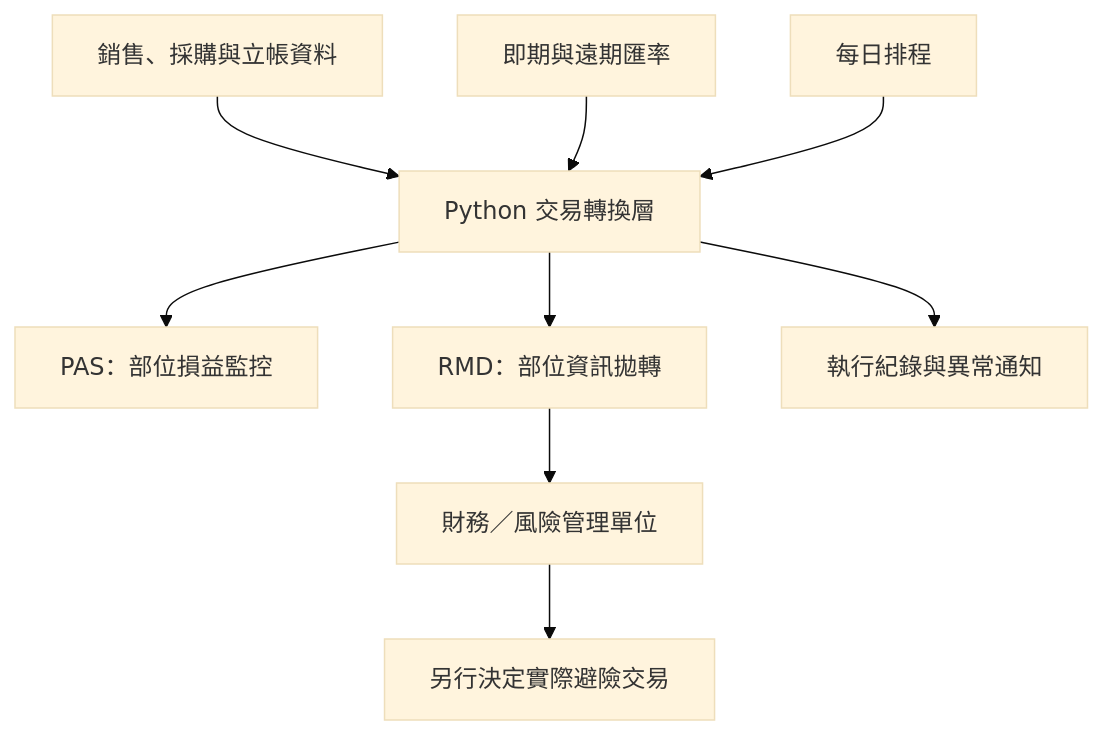
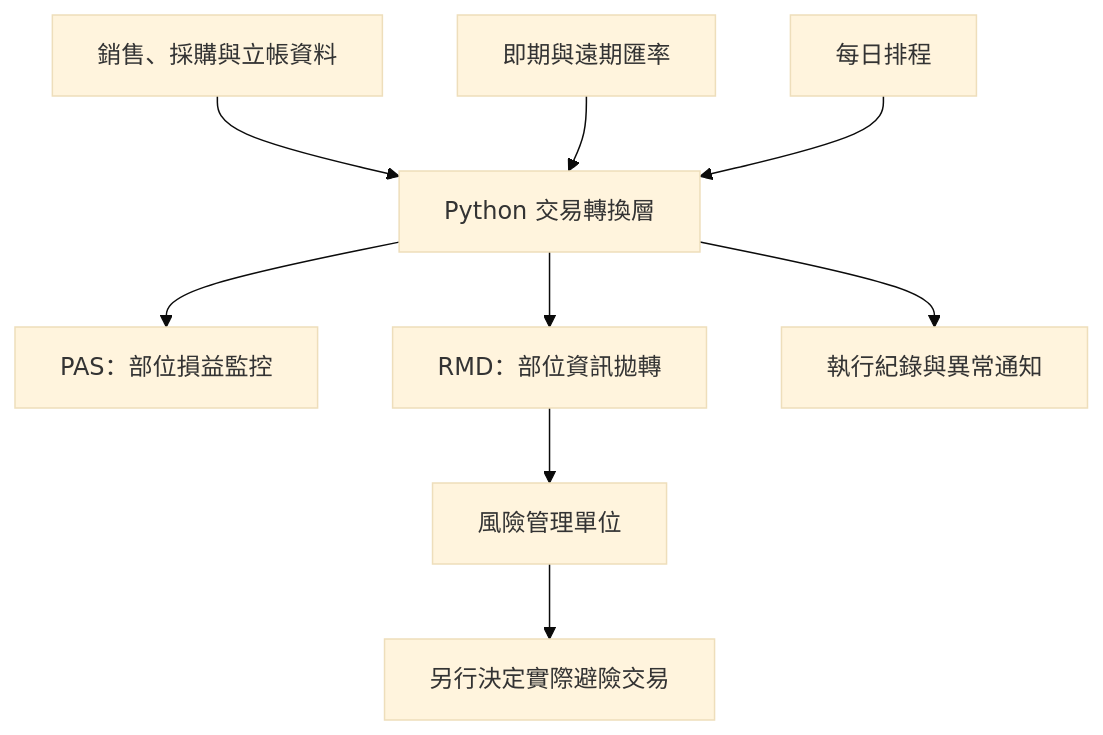
The diagram in README_ZH-TW.md (ChienChienChien/FX_Hedging_Automation), drawn with Mermaid (base theme) before and after one commit. The commit also changed other lines of this file, not shown here.

````diff
--- a/README_ZH-TW.md
+++ b/README_ZH-TW.md
@@ -50,13 +50,13 @@
 ```mermaid
 flowchart TB
     A["銷售、採購與立帳資料"] --> D["Python 交易轉換層"]
     B["即期與遠期匯率"] --> D
     C["每日排程"] --> D
 
     D --> E["PAS：部位損益監控"]
     D --> F["RMD：部位資訊拋轉"]
     D --> G["執行紀錄與異常通知"]
 
-    F --> H["財務／風險管理單位"]
+    F --> H["風險管理單位"]
     H --> I["另行決定實際避險交易"]
 ```
````
